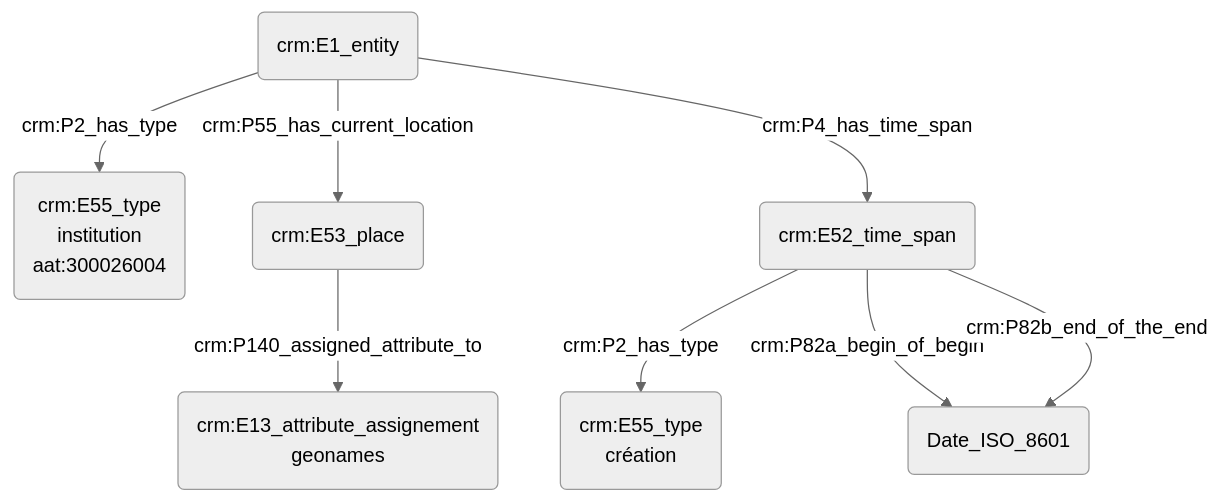
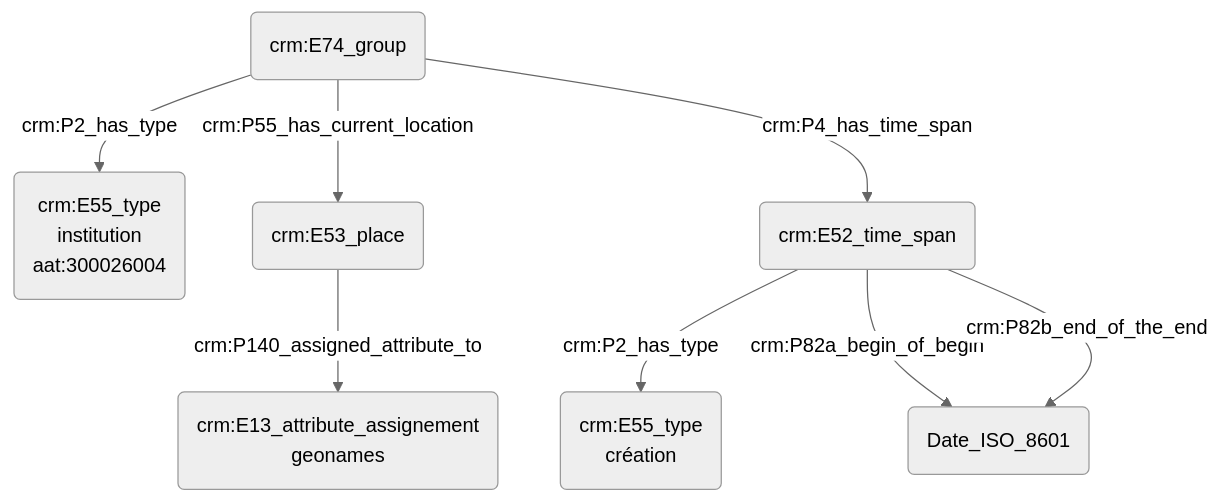
One commit to Amleth/consortium-musica2-gt2-ontologies changed the diagram in modules/livrables/Dossier 2/Prosopographie/modélisation d'une institution.md. Above: the diagram before and after it, drawn with Mermaid (neutral theme).

Commit message:
Update modélisation d'une institution.md

````diff
--- a/modules/livrables/Dossier 2/Prosopographie/modélisation d'une institution.md
+++ b/modules/livrables/Dossier 2/Prosopographie/modélisation d'une institution.md
@@ -11,12 +11,12 @@
 ```mermaid
 graph TD;
 
-A(crm:E1_entity) -->|crm:P2_has_type| B(crm:E55_type<br>institution<br>aat:300026004)
-A(crm:E1_entity) -->|crm:P55_has_current_location| C(crm:E53_place)
+A(crm:E74_group) -->|crm:P2_has_type| B(crm:E55_type<br>institution<br>aat:300026004)
+A(crm:E74_group) -->|crm:P55_has_current_location| C(crm:E53_place)
 C(crm:E53_place) -->|crm:P140_assigned_attribute_to| D(crm:E13_attribute_assignement<br>geonames)
-A(crm:E1_entity) -->|crm:P4_has_time_span| E(crm:E52_time_span)
+A(crm:E74_group) -->|crm:P4_has_time_span| E(crm:E52_time_span)
 E(crm:E52_time_span) -->|crm:P2_has_type| G(crm:E55_type<br>création)
 E(crm:E52_time_span) -->|crm:P82a_begin_of_begin| F(Date_ISO_8601)
 E(crm:E52_time_span) -->|crm:P82b_end_of_the_end| F(Date_ISO_8601)
 
 ```
````
